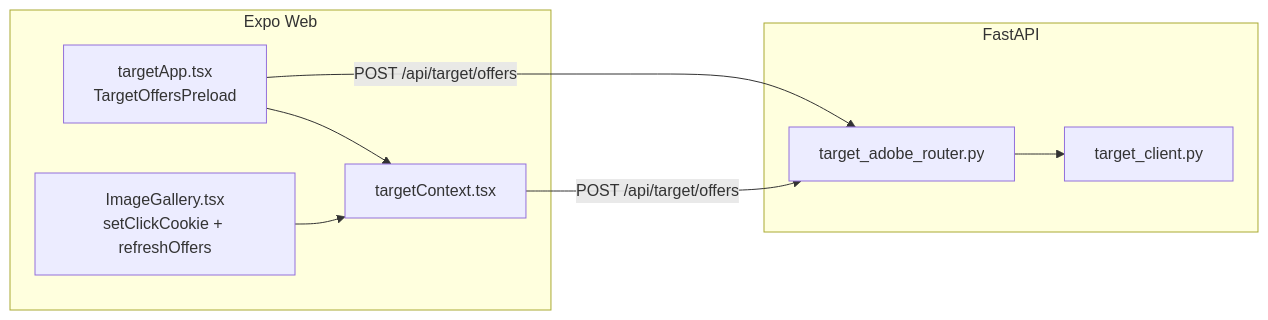
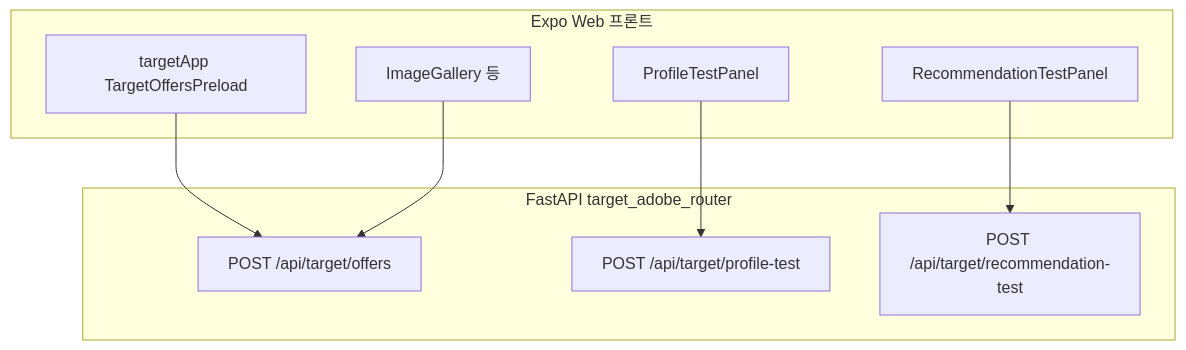
The diagram in docs/main/04_AT_TEST_PAGE_ADOBE_TARGET_INTEGRATION.md (WhatDoThis/AT_TEST_PAGE), drawn with Mermaid before and after one commit. The commit also changed other lines of this file and 21 other files, not shown here.

First line of the commit message:
feat: Adobe profile and recommendation test flows, docs sync, and log 97.

````diff
--- a/docs/main/04_AT_TEST_PAGE_ADOBE_TARGET_INTEGRATION.md
+++ b/docs/main/04_AT_TEST_PAGE_ADOBE_TARGET_INTEGRATION.md
@@ -62,17 +68,18 @@
 ```mermaid
-flowchart LR
-  subgraph web [Expo Web]
-    TA["targetApp.tsx\nTargetOffersPreload"]
-    CTX["targetContext.tsx"]
-    IG["ImageGallery.tsx\nsetClickCookie + refreshOffers"]
-    TA --> CTX
-    IG --> CTX
+flowchart TB
+  subgraph fe [Expo Web 프론트]
+    TA[targetApp TargetOffersPreload]
+    IG[ImageGallery 등]
+    PP[ProfileTestPanel]
+    RP[RecommendationTestPanel]
   end
-  subgraph api [FastAPI]
-    R["target_adobe_router.py"]
-    T["target_client.py"]
+  subgraph be [FastAPI target_adobe_router]
+    O["POST /api/target/offers"]
+    P["POST /api/target/profile-test"]
+    R["POST /api/target/recommendation-test"]
   end
-  CTX -->|POST /api/target/offers| R
-  TA -->|POST /api/target/offers| R
-  R --> T
+  TA --> O
+  IG --> O
+  PP --> P
+  RP --> R
 ```
````
